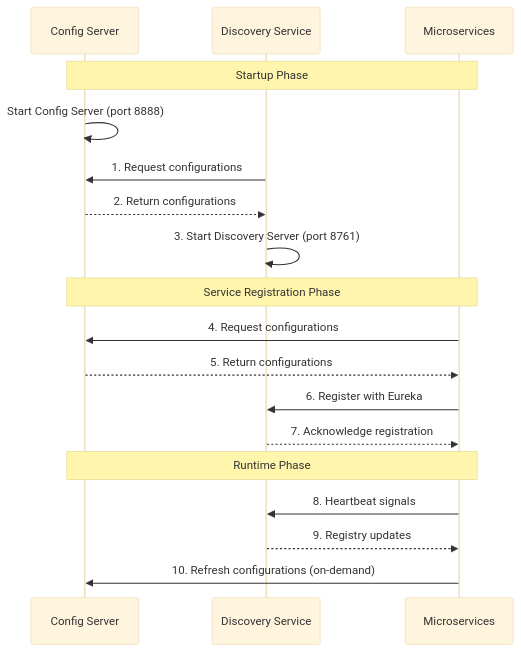
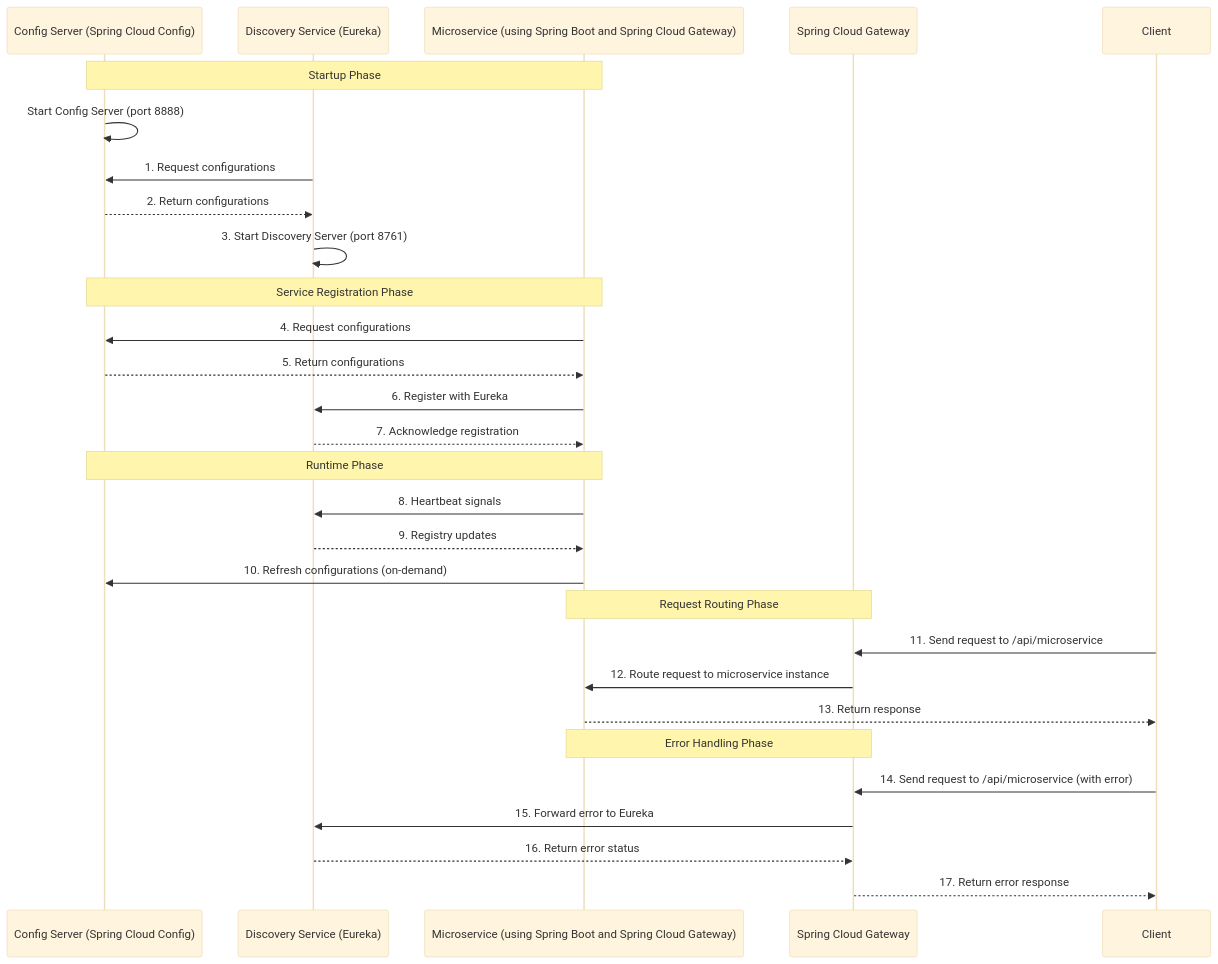
One commit to dangersvn/springcloud-sandbox changed the diagram in reference/config-discovery-integration.md. Above: the diagram before and after it, drawn with Mermaid (base theme). The commit also changed 14 other files, not shown here.

````diff
--- a/reference/config-discovery-integration.md
+++ b/reference/config-discovery-integration.md
@@ -1,23 +1,39 @@
 ```mermaid
 sequenceDiagram
     participant C as Config Server
     participant D as Discovery Service
     participant MS as Microservices
+    participant C as Config Server (Spring Cloud Config)
+    participant D as Discovery Service (Eureka)
+    participant MS as Microservice (using Spring Boot and Spring Cloud Gateway)
+    participant SG as Spring Cloud Gateway
     
     Note over C,MS: Startup Phase
     C->>C: Start Config Server (port 8888)
     D->>C: 1. Request configurations
     C-->>D: 2. Return configurations
     D->>D: 3. Start Discovery Server (port 8761)
     
     Note over C,MS: Service Registration Phase
     MS->>C: 4. Request configurations
     C-->>MS: 5. Return configurations
     MS->>D: 6. Register with Eureka
     D-->>MS: 7. Acknowledge registration
 
     Note over C,MS: Runtime Phase
     MS->>D: 8. Heartbeat signals
     D-->>MS: 9. Registry updates
     MS->>C: 10. Refresh configurations (on-demand)
+    
+    Note over SG,MS: Request Routing Phase
+    Client ->> SG: 11. Send request to /api/microservice
+    SG->>MS: 12. Route request to microservice instance
+    MS-->>Client: 13. Return response
+    
+    Note over SG,MS: Error Handling Phase
+    Client ->> SG: 14. Send request to /api/microservice (with error)
+    SG->>D: 15. Forward error to Eureka
+    D-->>SG: 16. Return error status
+    SG-->>Client: 17. Return error response
+
 ```
````
